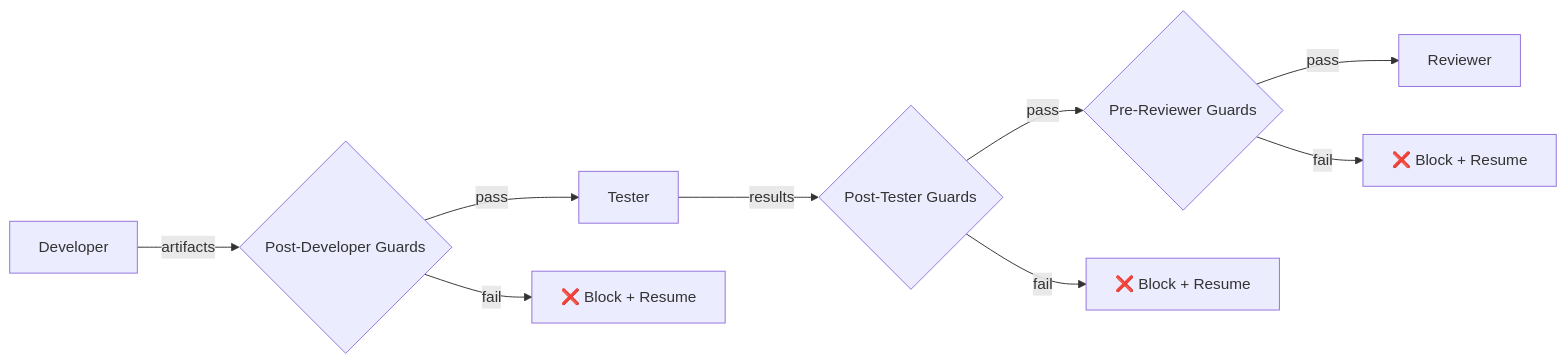
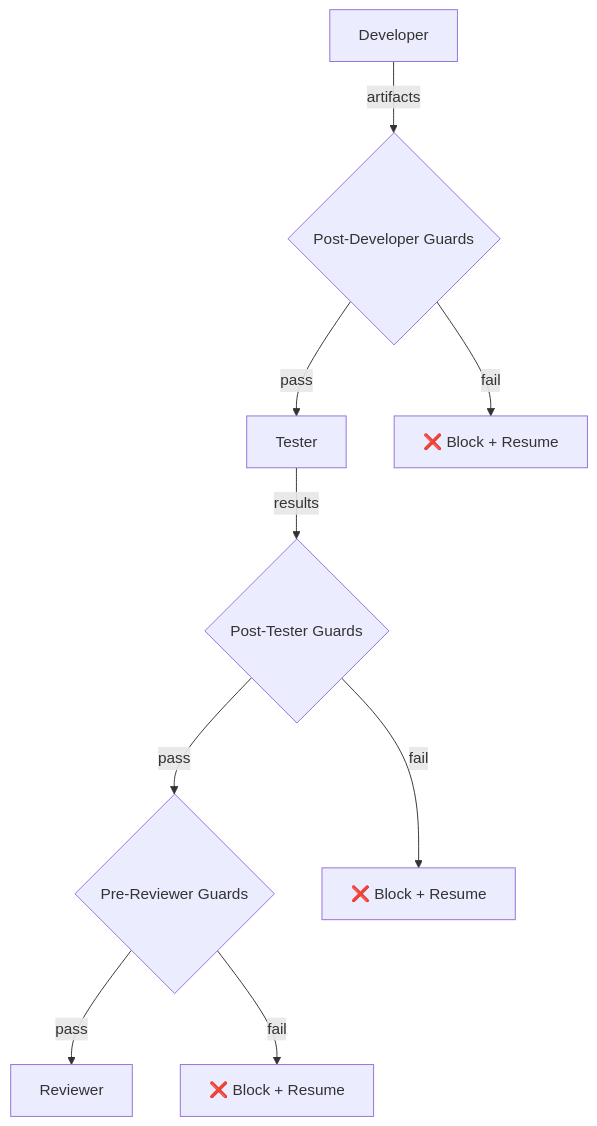
One commit to camercadop/agentic-workflow-automation-platform changed the first of 4 diagrams in src/governance/README.md. Above: the diagram before and after it, drawn with Mermaid. The commit also changed other lines of this file and 8 other files, not shown here.

````diff
--- a/src/governance/README.md
+++ b/src/governance/README.md
@@ -24,11 +116,11 @@
 ```mermaid
-flowchart LR
+flowchart
     Dev[Developer] -->|artifacts| G1{Post-Developer Guards}
     G1 -->|pass| Test[Tester]
     Test -->|results| G2{Post-Tester Guards}
     G2 -->|pass| G3{Pre-Reviewer Guards}
     G3 -->|pass| Rev[Reviewer]
     G1 -->|fail| X1[❌ Block + Resume]
     G2 -->|fail| X2[❌ Block + Resume]
     G3 -->|fail| X3[❌ Block + Resume]
 ```
````
